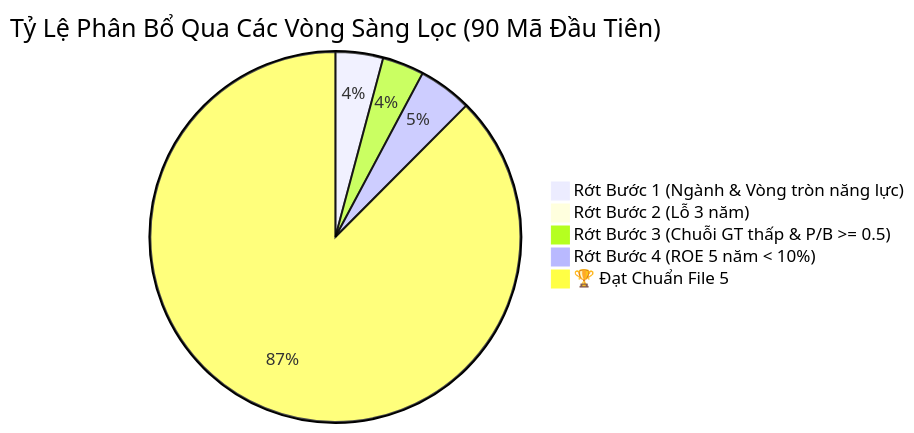
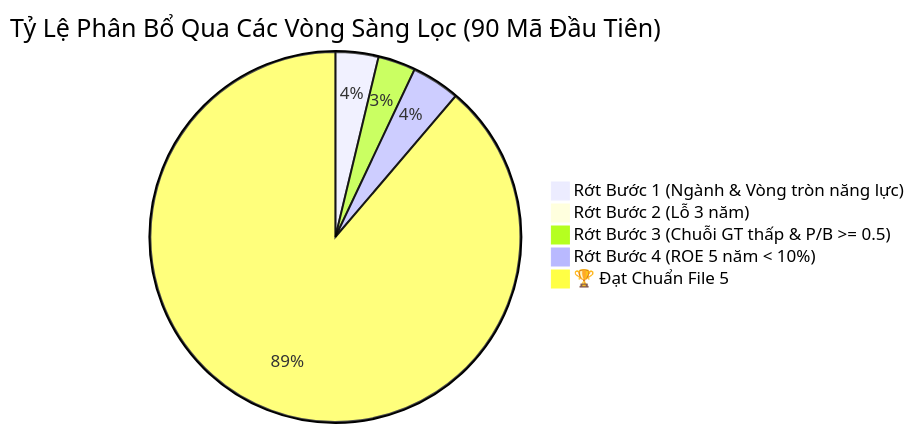
Before and after one commit to lenhan1102/pdf-analyzer: the diagram in screenings/screening_dashboard.md, drawn with Mermaid. The commit also changed other lines of this file and 8 other files, not shown here.

````diff
--- a/screenings/screening_dashboard.md
+++ b/screenings/screening_dashboard.md
@@ -9,8 +9,8 @@
 ```mermaid
 pie title Tỷ Lệ Phân Bổ Qua Các Vòng Sàng Lọc (90 Mã Đầu Tiên)
     "Rớt Bước 1 (Ngành & Vòng tròn năng lực)" : 16
     "Rớt Bước 2 (Lỗ 3 năm)" : 1
     "Rớt Bước 3 (Chuỗi GT thấp & P/B >= 0.5)" : 14
     "Rớt Bước 4 (ROE 5 năm < 10%)" : 18
-    "🏆 Đạt Chuẩn File 5" : 337
+    "🏆 Đạt Chuẩn File 5" : 379
 ```
````
